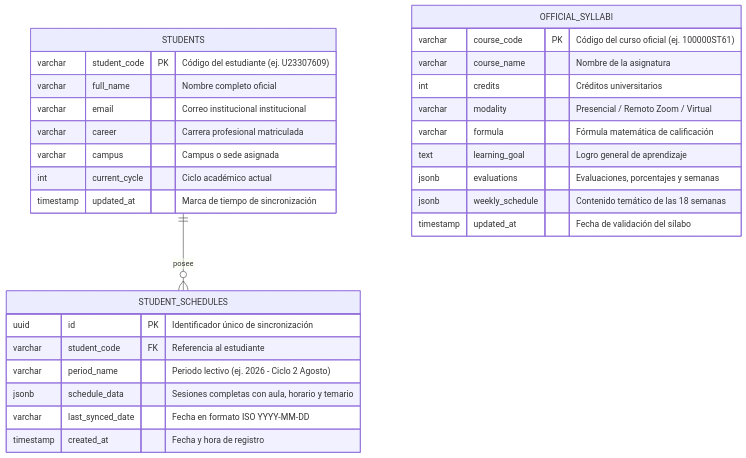
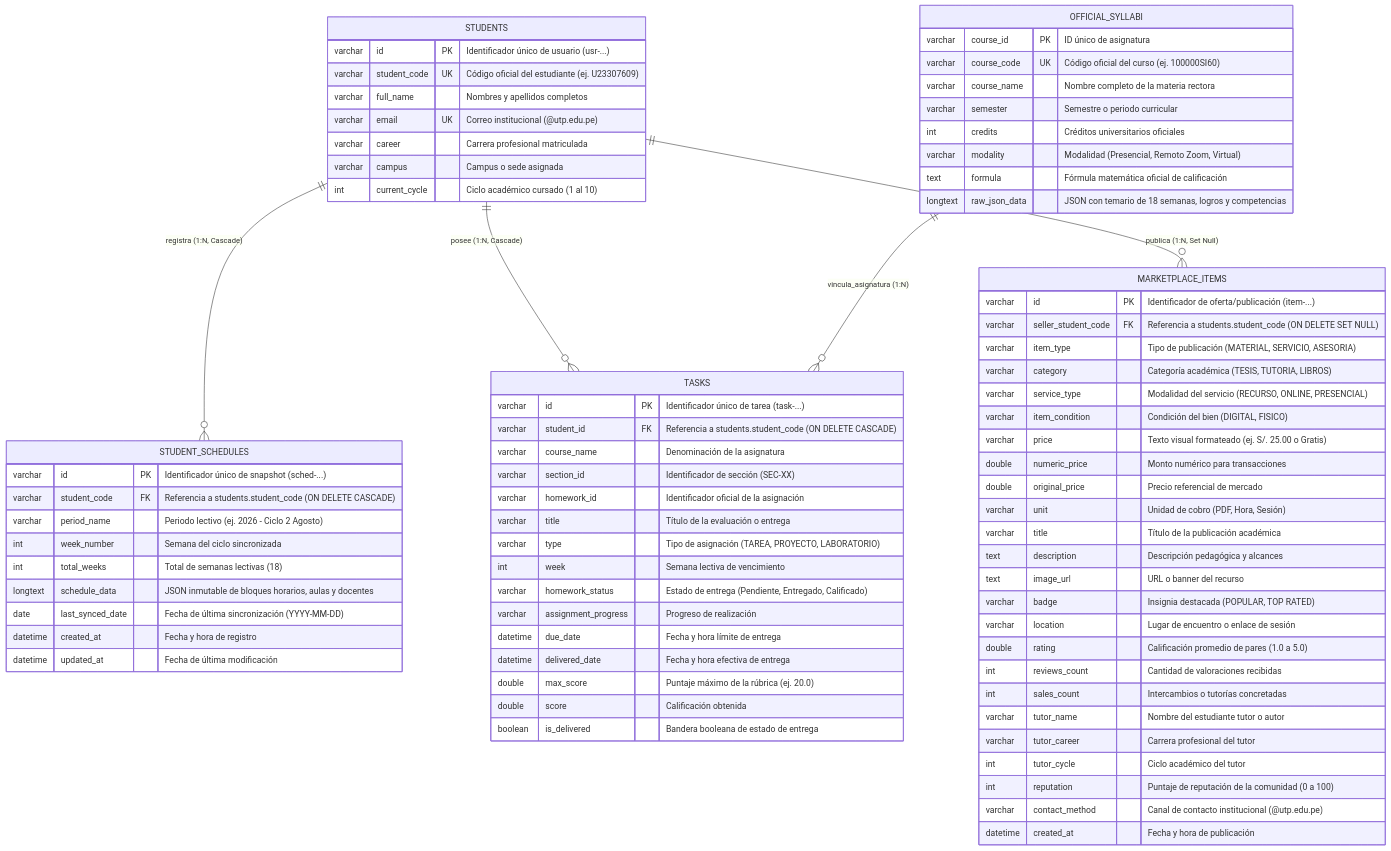
One commit to Joan2022Laurente/horarioInteligente changed the eighth of 9 diagrams in INFORME_TECNICO_PROYECTO.md. Above: the diagram before and after it, drawn with Mermaid. The commit also changed other lines of this file and 2 other files, not shown here.

Commit message:
docs: actualizar informe tecnico a DDD+CQRS y robustecer modelo relacional MySQL con 5 tablas y FKs

````diff
--- a/INFORME_TECNICO_PROYECTO.md
+++ b/INFORME_TECNICO_PROYECTO.md
@@ -579,34 +654,85 @@
 ```mermaid
 erDiagram
-    STUDENTS ||--o{ STUDENT_SCHEDULES : posee
+    STUDENTS ||--o{ STUDENT_SCHEDULES : "registra (1:N, Cascade)"
+    STUDENTS ||--o{ TASKS : "posee (1:N, Cascade)"
+    STUDENTS ||--o{ MARKETPLACE_ITEMS : "publica (1:N, Set Null)"
+    OFFICIAL_SYLLABI ||--o{ TASKS : "vincula_asignatura (1:N)"
+
     STUDENTS {
-        varchar student_code PK "Código del estudiante (ej. U23307609)"
-        varchar full_name "Nombre completo oficial"
-        varchar email "Correo institucional institucional"
+        varchar id PK "Identificador único de usuario (usr-...)"
+        varchar student_code UK "Código oficial del estudiante (ej. U23307609)"
+        varchar full_name "Nombres y apellidos completos"
+        varchar email UK "Correo institucional (@utp.edu.pe)"
         varchar career "Carrera profesional matriculada"
         varchar campus "Campus o sede asignada"
-        int current_cycle "Ciclo académico actual"
-        timestamp updated_at "Marca de tiempo de sincronización"
+        int current_cycle "Ciclo académico cursado (1 al 10)"
     }
 
     STUDENT_SCHEDULES {
-        uuid id PK "Identificador único de sincronización"
-        varchar student_code FK "Referencia al estudiante"
+        varchar id PK "Identificador único de snapshot (sched-...)"
+        varchar student_code FK "Referencia a students.student_code (ON DELETE CASCADE)"
         varchar period_name "Periodo lectivo (ej. 2026 - Ciclo 2 Agosto)"
-        jsonb schedule_data "Sesiones completas con aula, horario y temario"
-        varchar last_synced_date "Fecha en formato ISO YYYY-MM-DD"
-        timestamp created_at "Fecha y hora de registro"
+        int week_number "Semana del ciclo sincronizada"
+        int total_weeks "Total de semanas lectivas (18)"
+        longtext schedule_data "JSON inmutable de bloques horarios, aulas y docentes"
+        date last_synced_date "Fecha de última sincronización (YYYY-MM-DD)"
+        datetime created_at "Fecha y hora de registro"
+        datetime updated_at "Fecha de última modificación"
+    }
+
+    TASKS {
+        varchar id PK "Identificador único de tarea (task-...)"
+        varchar student_id FK "Referencia a students.student_code (ON DELETE CASCADE)"
+        varchar course_name "Denominación de la asignatura"
+        varchar section_id "Identificador de sección (SEC-XX)"
+        varchar homework_id "Identificador oficial de la asignación"
+        varchar title "Título de la evaluación o entrega"
+        varchar type "Tipo de asignación (TAREA, PROYECTO, LABORATORIO)"
+        int week "Semana lectiva de vencimiento"
+        varchar homework_status "Estado de entrega (Pendiente, Entregado, Calificado)"
+        varchar assignment_progress "Progreso de realización"
+        datetime due_date "Fecha y hora límite de entrega"
+        datetime delivered_date "Fecha y hora efectiva de entrega"
+        double max_score "Puntaje máximo de la rúbrica (ej. 20.0)"
+        double score "Calificación obtenida"
+        boolean is_delivered "Bandera booleana de estado de entrega"
     }
 
     OFFICIAL_SYLLABI {
-        varchar course_code PK "Código del curso oficial (ej. 100000ST61)"
-        varchar course_name "Nombre de la asignatura"
-        int credits "Créditos universitarios"
-        varchar modality "Presencial / Remoto Zoom / Virtual"
-        varchar formula "Fórmula matemática de calificación"
-        text learning_goal "Logro general de aprendizaje"
-        jsonb evaluations "Evaluaciones, porcentajes y semanas"
-        jsonb weekly_schedule "Contenido temático de las 18 semanas"
-        timestamp updated_at "Fecha de validación del sílabo"
+        varchar course_id PK "ID único de asignatura"
+        varchar course_code UK "Código oficial del curso (ej. 100000SI60)"
+        varchar course_name "Nombre completo de la materia rectora"
+        varchar semester "Semestre o periodo curricular"
+        int credits "Créditos universitarios oficiales"
+        varchar modality "Modalidad (Presencial, Remoto Zoom, Virtual)"
+        text formula "Fórmula matemática oficial de calificación"
+        longtext raw_json_data "JSON con temario de 18 semanas, logros y competencias"
+    }
+
+    MARKETPLACE_ITEMS {
+        varchar id PK "Identificador de oferta/publicación (item-...)"
+        varchar seller_student_code FK "Referencia a students.student_code (ON DELETE SET NULL)"
+        varchar item_type "Tipo de publicación (MATERIAL, SERVICIO, ASESORIA)"
+        varchar category "Categoría académica (TESIS, TUTORIA, LIBROS)"
+        varchar service_type "Modalidad del servicio (RECURSO, ONLINE, PRESENCIAL)"
+        varchar item_condition "Condición del bien (DIGITAL, FISICO)"
+        varchar price "Texto visual formateado (ej. S/. 25.00 o Gratis)"
+        double numeric_price "Monto numérico para transacciones"
+        double original_price "Precio referencial de mercado"
+        varchar unit "Unidad de cobro (PDF, Hora, Sesión)"
+        varchar title "Título de la publicación académica"
+        text description "Descripción pedagógica y alcances"
+        text image_url "URL o banner del recurso"
+        varchar badge "Insignia destacada (POPULAR, TOP RATED)"
+        varchar location "Lugar de encuentro o enlace de sesión"
+        double rating "Calificación promedio de pares (1.0 a 5.0)"
+        int reviews_count "Cantidad de valoraciones recibidas"
+        int sales_count "Intercambios o tutorías concretadas"
+        varchar tutor_name "Nombre del estudiante tutor o autor"
+        varchar tutor_career "Carrera profesional del tutor"
+        int tutor_cycle "Ciclo académico del tutor"
+        int reputation "Puntaje de reputación de la comunidad (0 a 100)"
+        varchar contact_method "Canal de contacto institucional (@utp.edu.pe)"
+        datetime created_at "Fecha y hora de publicación"
     }
 ```
````
